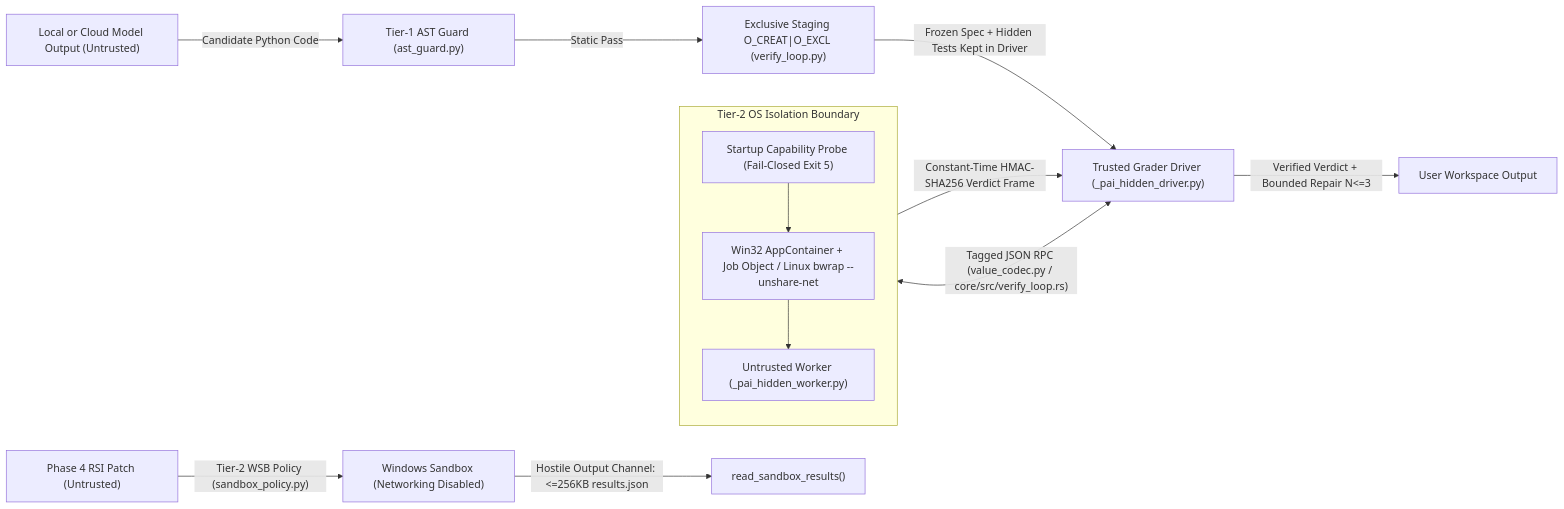
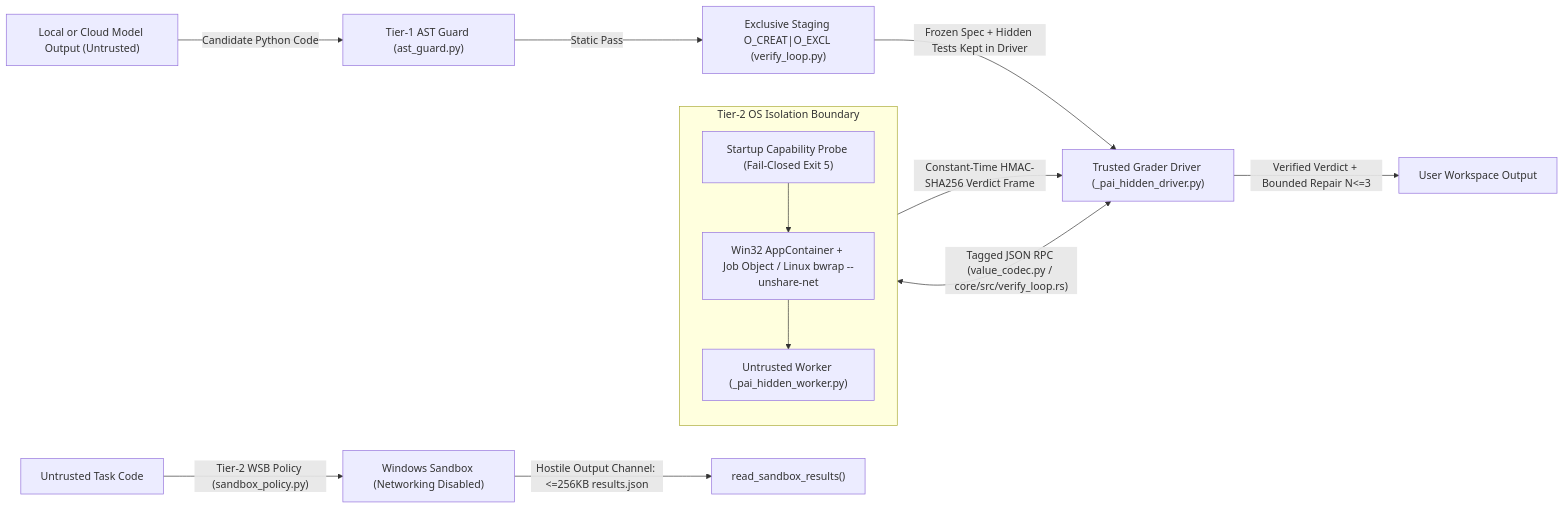
One commit to hirushasuhan/pai changed the third of 4 diagrams in docs/TRUST_BOUNDARY_DIAGRAM.md. Above: the diagram before and after it, drawn with Mermaid. The commit also changed other lines of this file and 22 other files, not shown here.

````diff
--- a/docs/TRUST_BOUNDARY_DIAGRAM.md
+++ b/docs/TRUST_BOUNDARY_DIAGRAM.md
@@ -124,21 +124,21 @@
 ```mermaid
 flowchart LR
     LLM["Local or Cloud Model Output (Untrusted)"] -->|"Candidate Python Code"| AST["Tier-1 AST Guard (ast_guard.py)"]
     AST -->|"Static Pass"| STAGE["Exclusive Staging O_CREAT|O_EXCL (verify_loop.py)"]
     STAGE -->|"Frozen Spec + Hidden Tests Kept in Driver"| DRIVER["Trusted Grader Driver (_pai_hidden_driver.py)"]
 
     subgraph OS_SANDBOX["Tier-2 OS Isolation Boundary"]
         direction TB
         PROBE["Startup Capability Probe (Fail-Closed Exit 5)"]
         RUNNER["Win32 AppContainer + Job Object / Linux bwrap --unshare-net"]
         WORKER["Untrusted Worker (_pai_hidden_worker.py)"]
         PROBE --> RUNNER --> WORKER
     end
 
     DRIVER <-->|"Tagged JSON RPC (value_codec.py / core/src/verify_loop.rs)"| WORKER
     WORKER -->|"Constant-Time HMAC-SHA256 Verdict Frame"| DRIVER
     DRIVER -->|"Verified Verdict + Bounded Repair N<=3"| HOST_OUT["User Workspace Output"]
 
-    RSI_CODE["Phase 4 RSI Patch (Untrusted)"] -->|"Tier-2 WSB Policy (sandbox_policy.py)"| WSB["Windows Sandbox (Networking Disabled)"]
+    UNTRUSTED_CODE["Untrusted Task Code"] -->|"Tier-2 WSB Policy (sandbox_policy.py)"| WSB["Windows Sandbox (Networking Disabled)"]
     WSB -->|"Hostile Output Channel: <=256KB results.json"| READER["read_sandbox_results()"]
 ```
````
